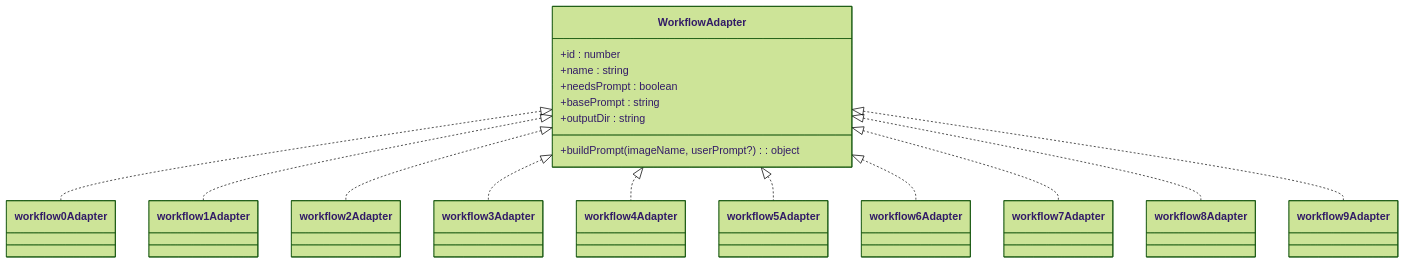
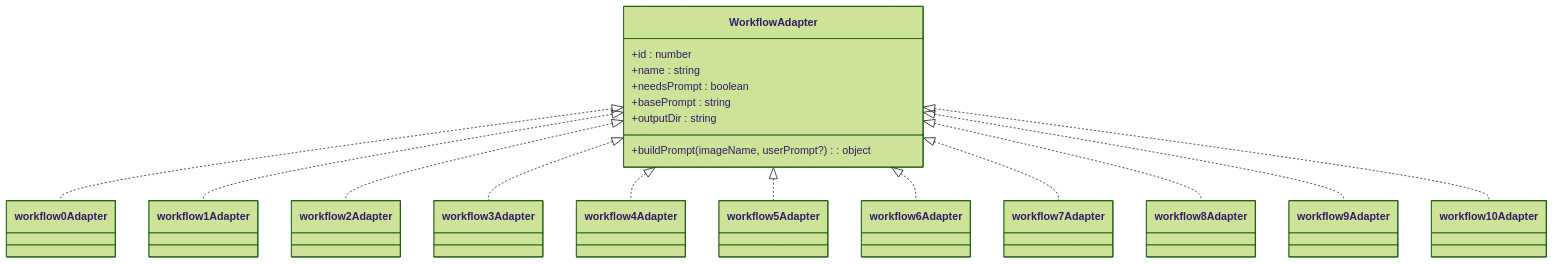
One commit to billye220670/CorineKit_Pix2Real changed the sixth of 8 diagrams in .qoder/repowiki/zh/content/后端服务/工作流路由.md. Above: the diagram before and after it, drawn with Mermaid (forest theme). The commit also changed other lines of this file and 21 other files, not shown here.

````diff
--- a/.qoder/repowiki/zh/content/后端服务/工作流路由.md
+++ b/.qoder/repowiki/zh/content/后端服务/工作流路由.md
@@ -259,31 +307,33 @@
 ```mermaid
 classDiagram
 class WorkflowAdapter {
 +id : number
 +name : string
 +needsPrompt : boolean
 +basePrompt : string
 +outputDir : string
 +buildPrompt(imageName, userPrompt?) : object
 }
 class workflow0Adapter
 class workflow1Adapter
 class workflow2Adapter
 class workflow3Adapter
 class workflow4Adapter
 class workflow5Adapter
 class workflow6Adapter
 class workflow7Adapter
 class workflow8Adapter
 class workflow9Adapter
+class workflow10Adapter
 WorkflowAdapter <|.. workflow0Adapter
 WorkflowAdapter <|.. workflow1Adapter
 WorkflowAdapter <|.. workflow2Adapter
 WorkflowAdapter <|.. workflow3Adapter
 WorkflowAdapter <|.. workflow4Adapter
 WorkflowAdapter <|.. workflow5Adapter
 WorkflowAdapter <|.. workflow6Adapter
 WorkflowAdapter <|.. workflow7Adapter
 WorkflowAdapter <|.. workflow8Adapter
 WorkflowAdapter <|.. workflow9Adapter
+WorkflowAdapter <|.. workflow10Adapter
 ```
````
